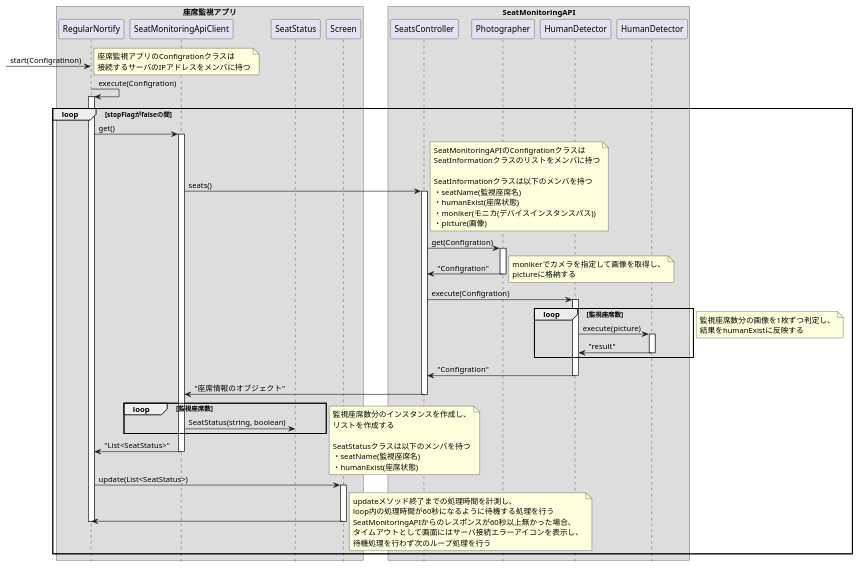
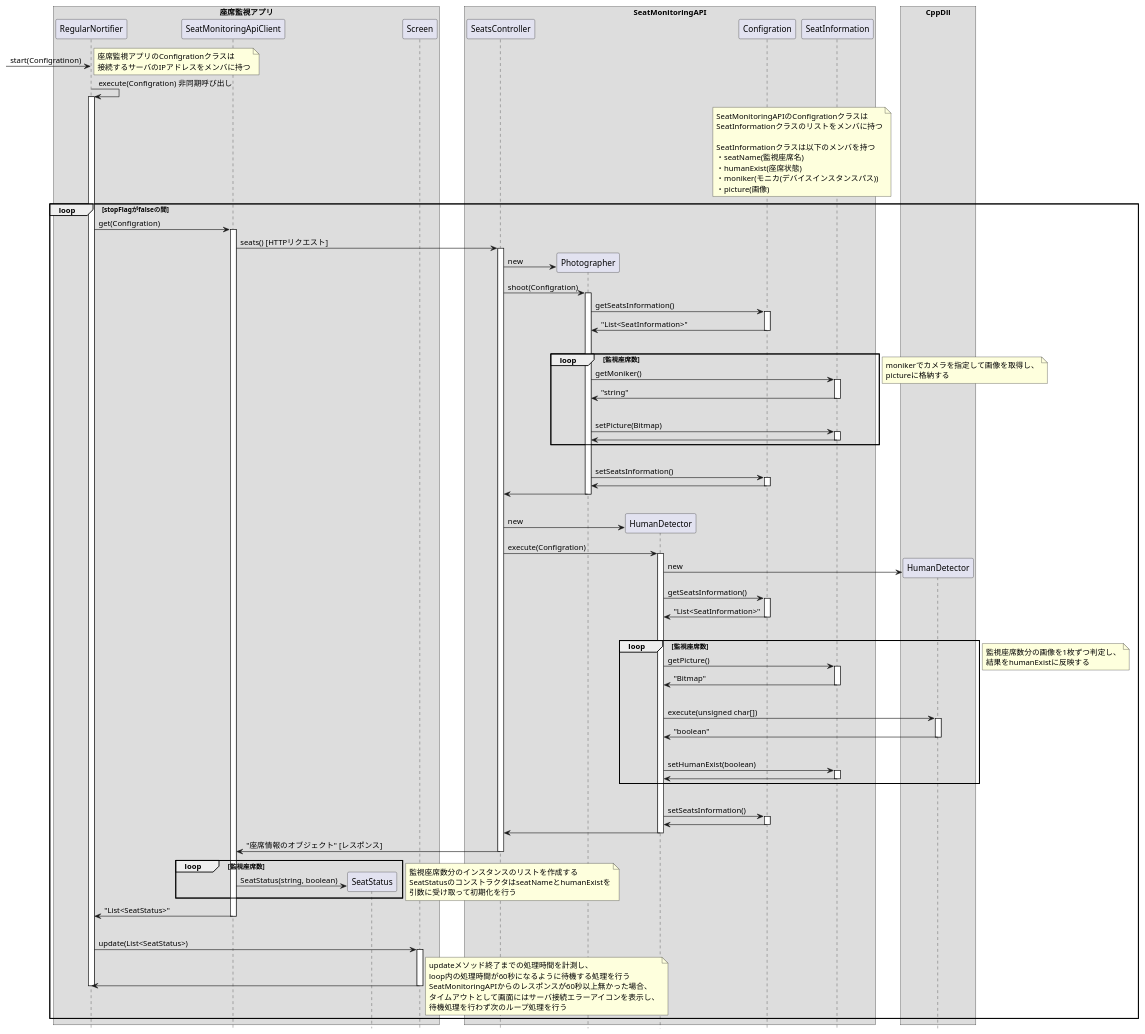
Before and after one commit to KeisukeSugita/Seat-monitoring-system: the diagram in doc/詳細設計/構成図(.pu)/座席状態確認シーケンス図2.pu, drawn with PlantUML. The commit also changed 5 other files, not shown here.

```diff
--- a/doc/詳細設計/構成図(.pu)/座席状態確認シーケンス図2.pu
+++ b/doc/詳細設計/構成図(.pu)/座席状態確認シーケンス図2.pu
@@ -1,104 +1,156 @@
 @startuml 座席状態確認シーケンス図2
 hide footbox
 skinparam BoxPadding 20
 
 box "座席監視アプリ"
-	participant "RegularNortify" as RegularNortify
+	participant "RegularNortifier" as RegularNortifier
 	participant "SeatMonitoringApiClient" as SeatMonitoringApiClient
 	participant "SeatStatus" as SeatStatus
 	participant "Screen" as Screen
 end box
 
 box "SeatMonitoringAPI"
 	participant "SeatsController" as SeatsController
 	participant "Photographer" as Photographer
 	participant "HumanDetector" as CsHumanDetector
+	participant "Configration" as Configration
+	participant "SeatInformation" as SeatInformation
+end box
+
+box "CppDll"
 	participant "HumanDetector" as CppHumanDetector
 end box
 
--> RegularNortify :start(Configratinon)
+-> RegularNortifier :start(Configratinon)
 note right
 	座席監視アプリのConfigrationクラスは
 	接続するサーバのIPアドレスをメンバに持つ
 end note
 
-RegularNortify -> RegularNortify : execute(Configration)
-activate RegularNortify
+RegularNortifier -> RegularNortifier : execute(Configration) 非同期呼び出し
+activate RegularNortifier
+
+note over Configration, SeatInformation
+	SeatMonitoringAPIのConfigrationクラスは
+	SeatInformationクラスのリストをメンバに持つ
+
+	SeatInformationクラスは以下のメンバを持つ
+	・seatName(監視座席名)
+	・humanExist(座席状態)
+	・moniker(モニカ(デバイスインスタンスパス))
+	・picture(画像)
+end note
 
 loop stopFlagがfalseの間
-	RegularNortify -> SeatMonitoringApiClient : get()
+	RegularNortifier -> SeatMonitoringApiClient : get(Configration)
 	activate SeatMonitoringApiClient
 
-	SeatMonitoringApiClient -> SeatsController : seats()
+	SeatMonitoringApiClient -> SeatsController : seats() [HTTPリクエスト]
 	activate SeatsController
 
-	note right
-		SeatMonitoringAPIのConfigrationクラスは
-		SeatInformationクラスのリストをメンバに持つ
-
-		SeatInformationクラスは以下のメンバを持つ
-		・seatName(監視座席名)
-		・humanExist(座席状態)
-		・moniker(モニカ(デバイスインスタンスパス))
-		・picture(画像)
-	end note
-
-	SeatsController -> Photographer : get(Configration)
+	create Photographer
+	SeatsController -> Photographer : new
+	SeatsController -> Photographer : shoot(Configration)
 	activate Photographer
-	SeatsController <- Photographer : "Configration"
-	deactivate Photographer
+	Photographer -> Configration :getSeatsInformation()
+	activate Configration
+	Photographer <- Configration :"List<SeatInformation>"
+	deactivate Configration
+	|||
+	loop 監視座席数
+		Photographer -> SeatInformation :getMoniker()
+		activate SeatInformation
+		Photographer <- SeatInformation :"string"
+		deactivate SeatInformation
+		|||
+		Photographer -> SeatInformation :setPicture(Bitmap)
+		activate SeatInformation
+		Photographer <- SeatInformation
+		deactivate SeatInformation
+	end
 	note right
 		monikerでカメラを指定して画像を取得し、
 		pictureに格納する
 	end note
+	|||
+	Photographer -> Configration :setSeatsInformation()
+	activate Configration
+	Photographer <- Configration
+	deactivate Configration
+	SeatsController <- Photographer
+	deactivate Photographer
 
+	|||
+	create CsHumanDetector
+	SeatsController -> CsHumanDetector : new
 	SeatsController -> CsHumanDetector : execute(Configration)
 	activate CsHumanDetector
 
+	create CppHumanDetector
+	CsHumanDetector -> CppHumanDetector :new
+	CsHumanDetector -> Configration :getSeatsInformation()
+	activate Configration
+	CsHumanDetector <- Configration :"List<SeatInformation>"
+	deactivate Configration
+	|||
 	loop 監視座席数
-		CsHumanDetector -> CppHumanDetector : execute(picture)
+		CsHumanDetector -> SeatInformation :getPicture()
+		activate SeatInformation
+		CsHumanDetector <- SeatInformation :"Bitmap"
+		deactivate SeatInformation
+		|||
+		CsHumanDetector -> CppHumanDetector : execute(unsigned char[])
 		activate CppHumanDetector
-		CsHumanDetector <- CppHumanDetector : "result"
+		CsHumanDetector <- CppHumanDetector : "boolean"
 		deactivate CppHumanDetector
+		|||
+		CsHumanDetector -> SeatInformation :setHumanExist(boolean)
+		activate SeatInformation
+		CsHumanDetector <- SeatInformation
+		deactivate SeatInformation
 	end
 	note right
 		監視座席数分の画像を1枚ずつ判定し、
 		結果をhumanExistに反映する
 	end note
+	|||
+	CsHumanDetector -> Configration :setSeatsInformation()
+	activate Configration
+	CsHumanDetector <- Configration
+	deactivate Configration
 	
-	SeatsController <- CsHumanDetector : "Configration"
+	
+	SeatsController <- CsHumanDetector
 	deactivate CsHumanDetector
 
-	SeatMonitoringApiClient <- SeatsController : "座席情報のオブジェクト"
+	SeatMonitoringApiClient <- SeatsController : "座席情報のオブジェクト" [レスポンス]
 	deactivate SeatsController
 
 	loop 監視座席数
+		create SeatStatus
 		SeatMonitoringApiClient -> SeatStatus :SeatStatus(string, boolean)
 	end
 	note right
-		監視座席数分のインスタンスを作成し、
-		リストを作成する
-
-		SeatStatusクラスは以下のメンバを持つ
-		・seatName(監視座席名)
-		・humanExist(座席状態)
+		監視座席数分のインスタンスのリストを作成する
+		SeatStatusのコンストラクタはseatNameとhumanExistを
+		引数に受け取って初期化を行う
 	end note
 
-	RegularNortify <- SeatMonitoringApiClient : "List<SeatStatus>"
+	RegularNortifier <- SeatMonitoringApiClient : "List<SeatStatus>"
 	deactivate SeatMonitoringApiClient
 	|||
-	RegularNortify -> Screen : update(List<SeatStatus>)
+	RegularNortifier -> Screen : update(List<SeatStatus>)
 	activate Screen
-	RegularNortify <- Screen
+	RegularNortifier <- Screen
 	deactivate Screen
-	deactivate RegularNortify
+	deactivate RegularNortifier
 	note right
 		updateメソッド終了までの処理時間を計測し、
 		loop内の処理時間が60秒になるように待機する処理を行う
 		SeatMonitoringAPIからのレスポンスが60秒以上無かった場合、
 		タイムアウトとして画面にはサーバ接続エラーアイコンを表示し、
 		待機処理を行わず次のループ処理を行う
 	end note
 end
 
 @enduml
```
